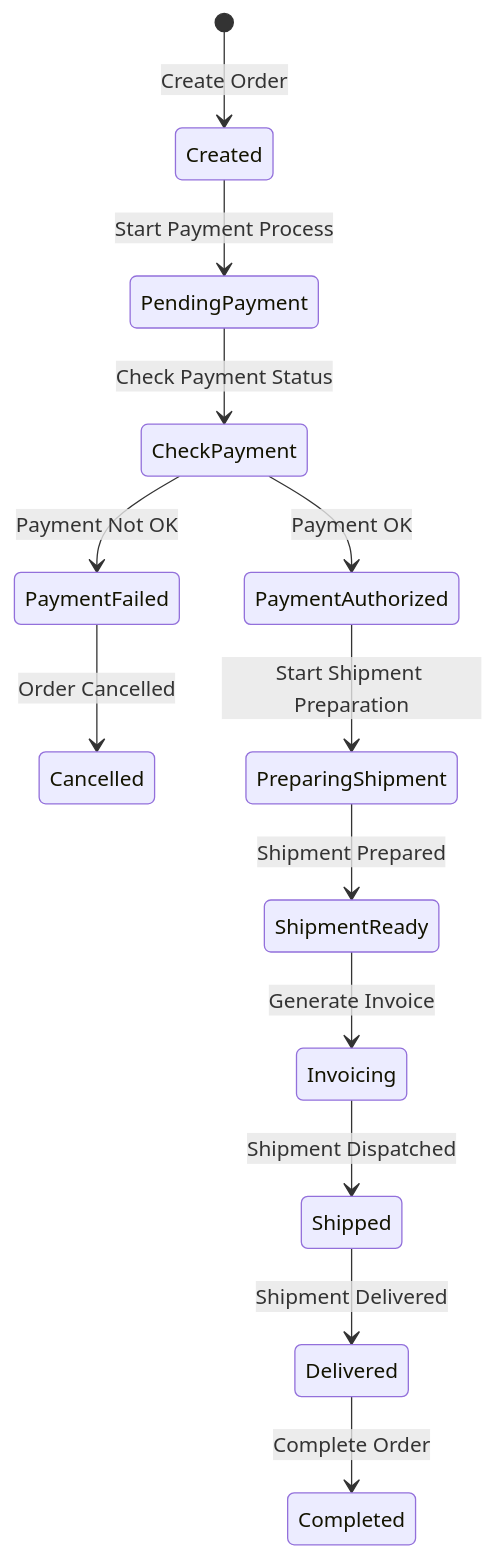
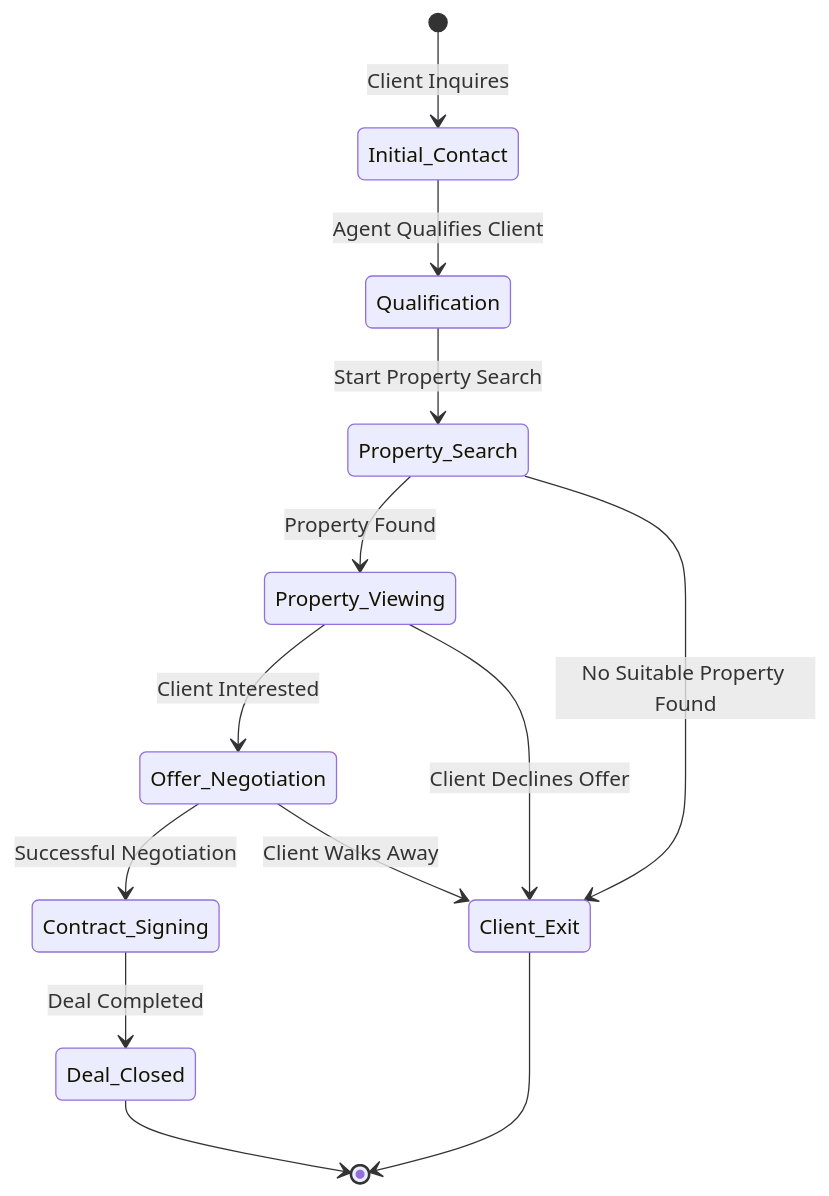
Before and after one commit to tuxonice/state-machine: the diagram in README.md, drawn with Mermaid. The commit also changed other lines of this file and 4 other files, not shown here.

````diff
--- a/README.md
+++ b/README.md
@@ -6,15 +170,16 @@
 ```mermaid
-stateDiagram-v2
-    [*] --> Created: Create Order
-    Created --> PendingPayment : Start Payment Process
-    PendingPayment --> CheckPayment : Check Payment Status
-    CheckPayment --> PaymentAuthorized : Payment OK
-    CheckPayment --> PaymentFailed : Payment Not OK
-    PaymentFailed --> Cancelled : Order Cancelled
-    PaymentAuthorized --> PreparingShipment : Start Shipment Preparation
-    PreparingShipment --> ShipmentReady : Shipment Prepared
-    ShipmentReady --> Invoicing : Generate Invoice
-    Invoicing --> Shipped : Shipment Dispatched
-    Shipped --> Delivered : Shipment Delivered
-    Delivered --> Completed : Complete Order
+stateDiagram
+    [*] --> Initial_Contact : Client Inquires
+    Initial_Contact --> Qualification : Agent Qualifies Client
+    Qualification --> Property_Search : Start Property Search
+    Property_Search --> Property_Viewing : Property Found
+    Property_Viewing --> Offer_Negotiation : Client Interested
+    Offer_Negotiation --> Contract_Signing : Successful Negotiation
+    Contract_Signing --> Deal_Closed : Deal Completed
+    Deal_Closed --> [*]
+    
+    Property_Search --> Client_Exit : No Suitable Property Found
+    Property_Viewing --> Client_Exit : Client Declines Offer
+    Offer_Negotiation --> Client_Exit : Client Walks Away
+    Client_Exit --> [*]
 ```
````
